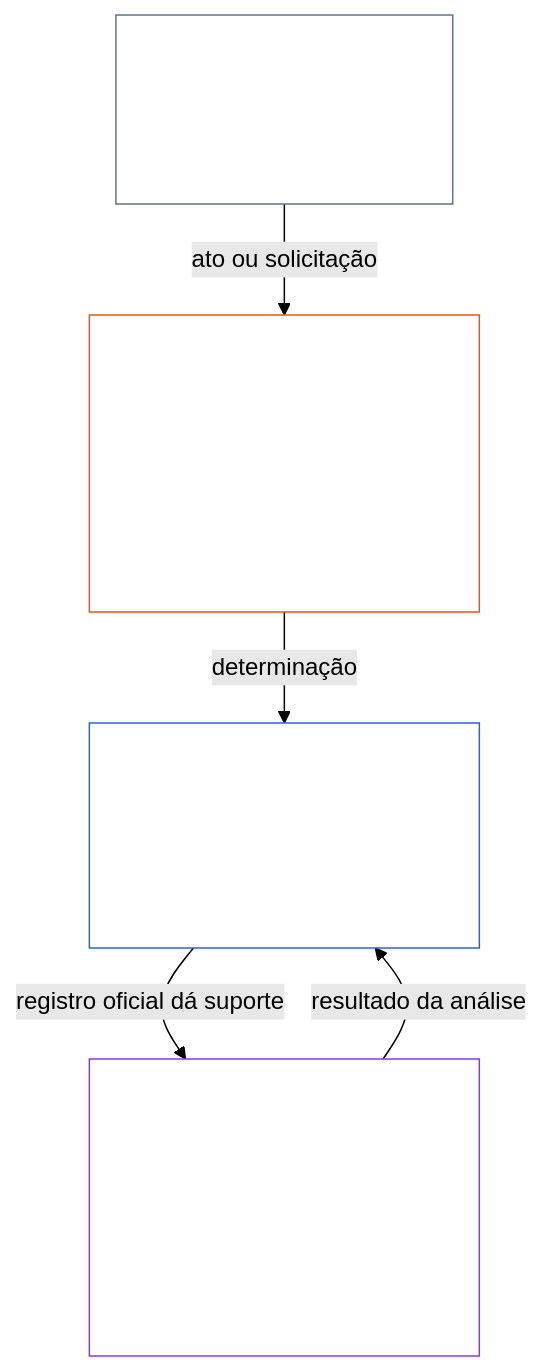
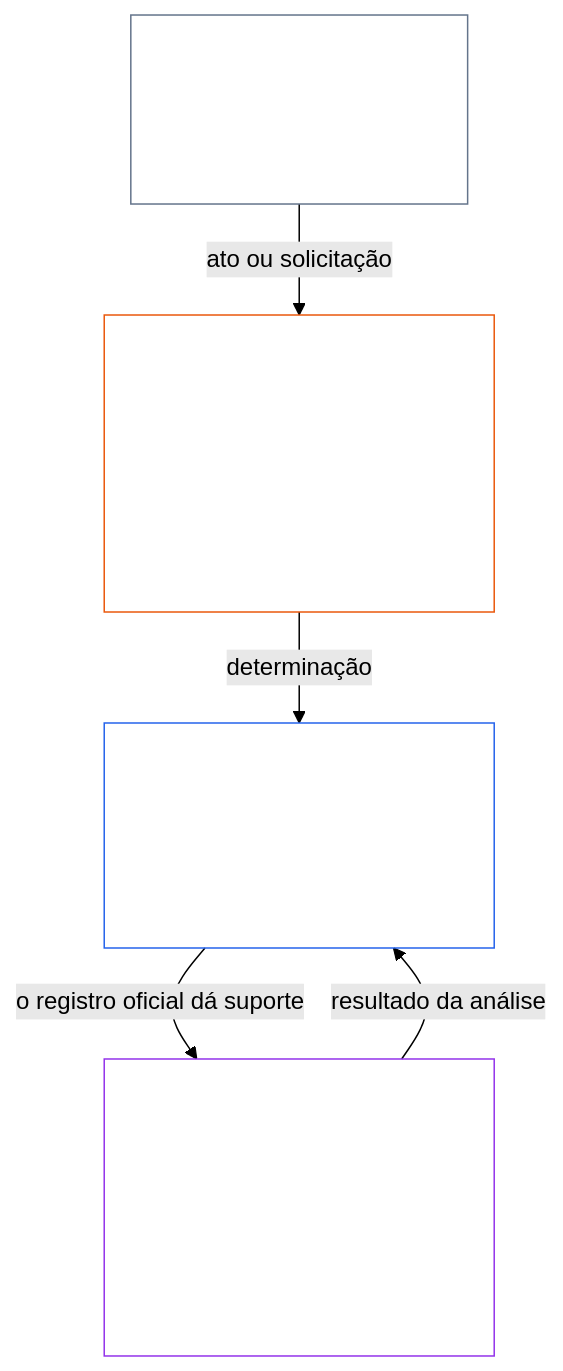
One commit to kfoelsch/Sentient_Constitution changed the first of 2 diagrams in project/translation_drafts/2026-11-26/ch00_ch01_resync/pt__core_01.000_constitutional_map.md. Above: the diagram before and after it, drawn with Mermaid (forest theme). The commit also changed other lines of this file and 22 other files, not shown here.

````diff
--- a/project/translation_drafts/2026-11-26/ch00_ch01_resync/pt__core_01.000_constitutional_map.md
+++ b/project/translation_drafts/2026-11-26/ch00_ch01_resync/pt__core_01.000_constitutional_map.md
@@ -222,15 +192,15 @@
 ```mermaid
 flowchart TB
-    I["Assento iniciador<br/><br/>Solicita, propõe, opera,<br/>alega ou inicia o ato"]
-    V["Assento de verificação ou autorização<br/><br/>Verifica evidências e autoridade;<br/>verifica, autoriza, recusa ou condiciona"]
+    I["Assento de iniciação<br/><br/>Solicita, propõe, opera,<br/>alega ou inicia o ato"]
+    V["Assento de verificação/autorização<br/><br/>Verifica evidências e autoridade;<br/>verifica, autoriza, recusa ou condiciona"]
     R["Assento de custódia do registro oficial<br/><br/>Registra, altera, preserva<br/>e publica o Registro do Ato"]
-    C["Assento de análise de contestação<br/><br/>Recebe e analisa contestações;<br/>corrige, limita ou encaminha"]
+    C["Assento de análise de contestações<br/><br/>Recebe e analisa contestações;<br/>corrige, limita ou encaminha"]
     I -->|ato ou solicitação| V
     V -->|determinação| R
-    R -->|registro oficial dá suporte| C
+    R -->|o registro oficial dá suporte| C
     C -->|resultado da análise| R
     style I fill:none,stroke:#64748b,color:#ffffff
     style V fill:none,stroke:#ea580c,color:#ffffff
     style R fill:none,stroke:#2563eb,color:#ffffff
     style C fill:none,stroke:#9333ea,color:#ffffff
 ```
````
